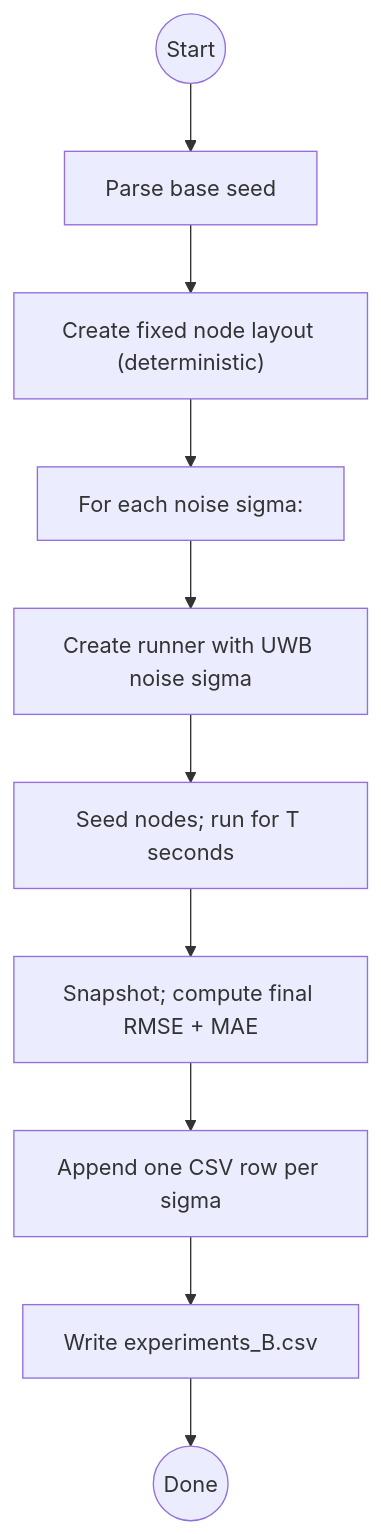
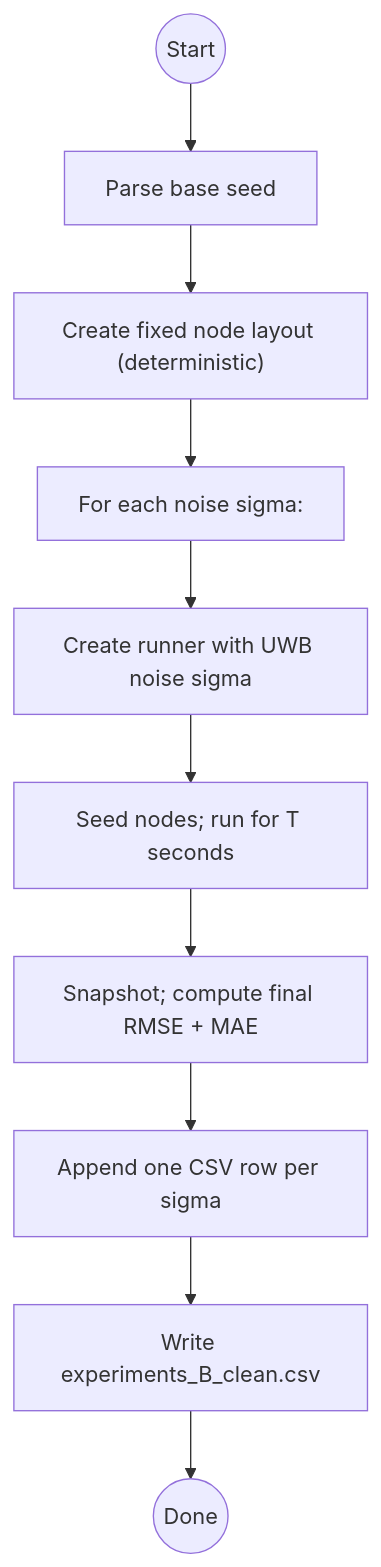
Before and after one commit to ChickenSalsahub/ICUM-SIM: the second of 5 diagrams in src/experiments/README.md, drawn with Mermaid. The commit also changed other lines of this file and 23 other files, not shown here.

````diff
--- a/src/experiments/README.md
+++ b/src/experiments/README.md
@@ -103,12 +112,12 @@
 ```mermaid
 flowchart TD
   B0(("Start")) --> B1["Parse base seed"]
   B1 --> B2["Create fixed node layout (deterministic)"]
   B2 --> B3["For each noise sigma:"]
   B3 --> B4["Create runner with UWB noise sigma"]
   B4 --> B5["Seed nodes; run for T seconds"]
   B5 --> B6["Snapshot; compute final RMSE + MAE"]
   B6 --> B7["Append one CSV row per sigma"]
-  B7 --> B8["Write experiments_B.csv"]
+  B7 --> B8["Write experiments_B_clean.csv"]
   B8 --> B9(("Done"))
 ```
````
